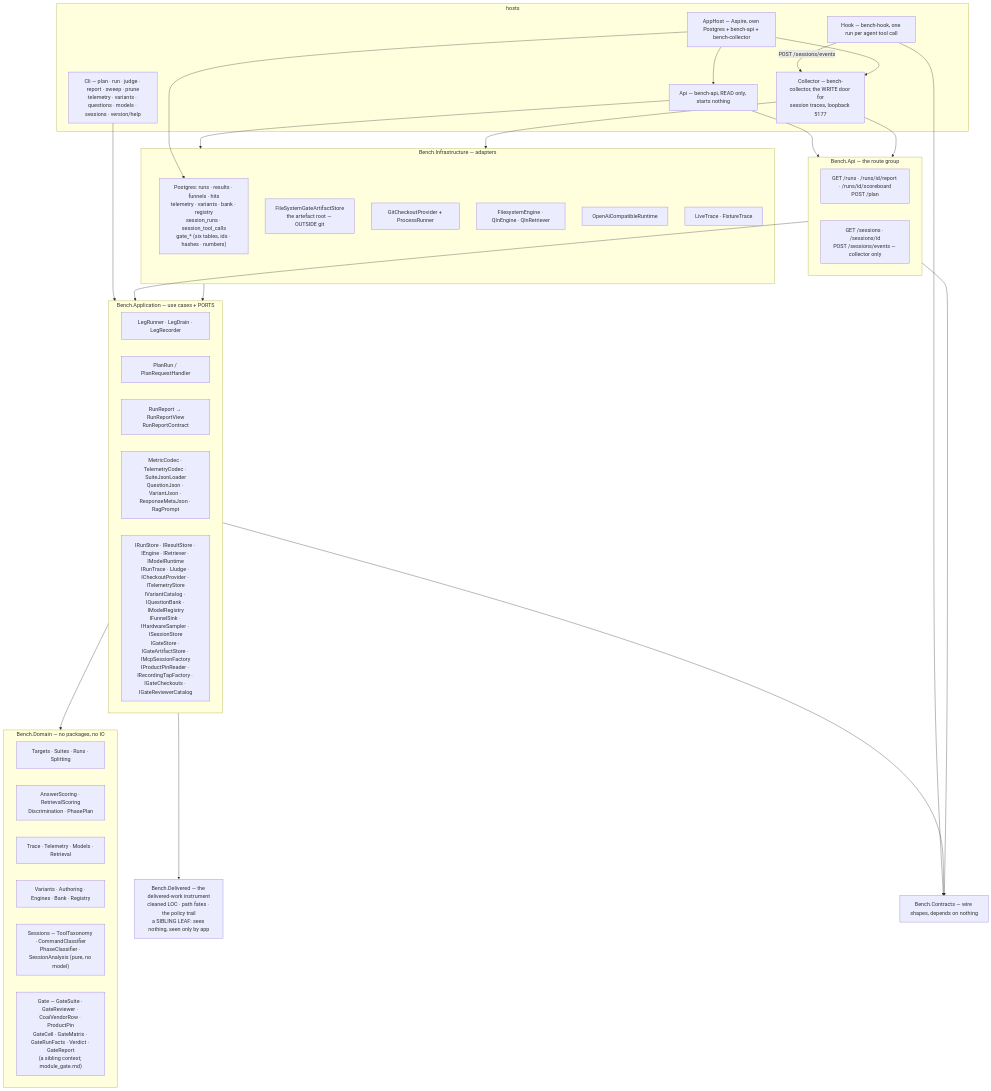
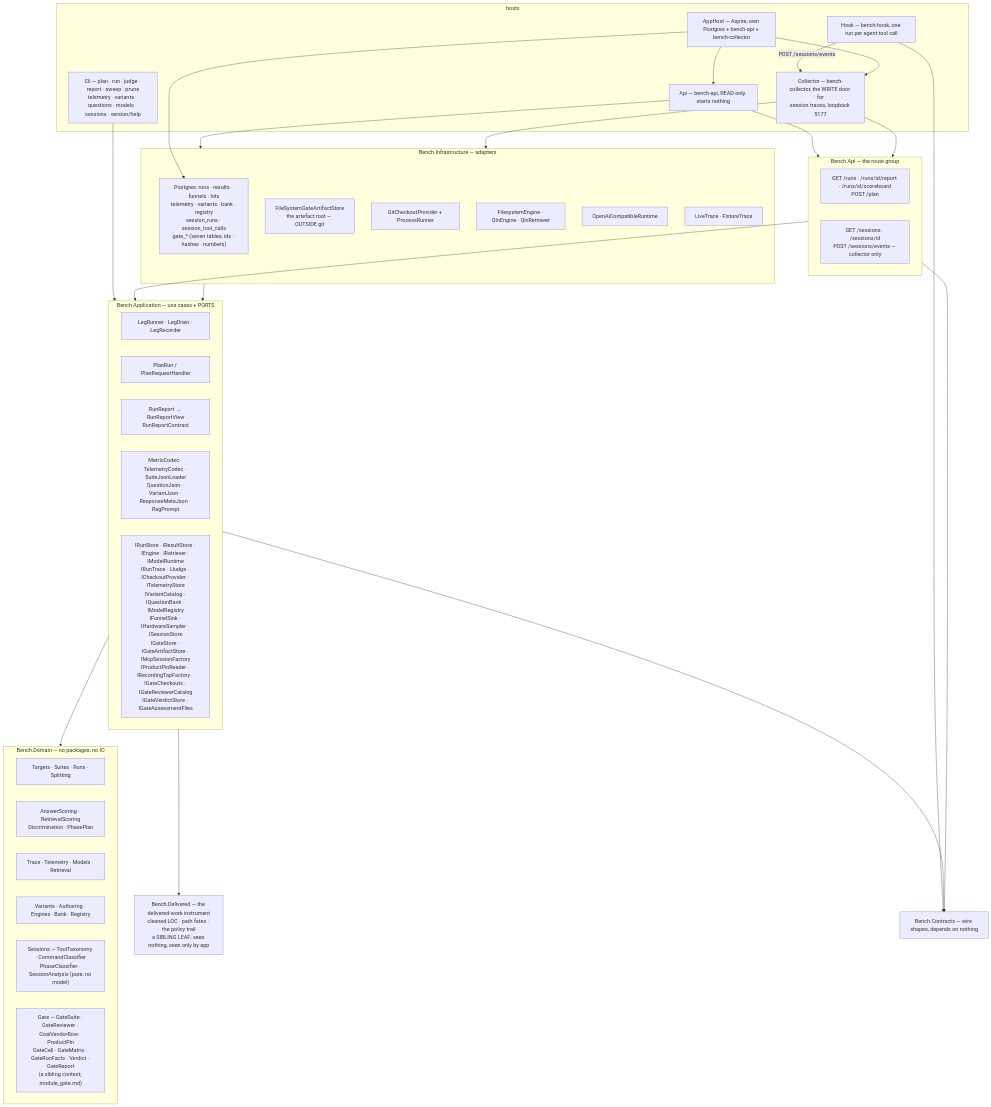
One commit to oleksandrdubyna88/dew_flow_benchmark changed the first of 2 diagrams in research/architecture.md. Above: the diagram before and after it, drawn with Mermaid. The commit also changed other lines of this file and 55 other files, not shown here.

````diff
--- a/research/architecture.md
+++ b/research/architecture.md
@@ -19,56 +19,56 @@
 ```mermaid
 flowchart TB
     subgraph hosts["hosts"]
         cli["Cli — plan · run · judge · report · sweep · prune<br/>telemetry · variants · questions · models · sessions · version/help"]
         apihost["Api — bench-api, READ only, starts nothing"]
         collector["Collector — bench-collector, the WRITE door for<br/>session traces, loopback 5177"]
         hook["Hook — bench-hook, one run per agent tool call"]
         apphost["AppHost — Aspire, own Postgres + bench-api + bench-collector"]
     end
     subgraph api["Bench.Api — the route group"]
         routes["GET /runs · /runs/id/report · /runs/id/scoreboard<br/>POST /plan"]
         sessionroutes["GET /sessions · /sessions/id<br/>POST /sessions/events — collector only"]
     end
     subgraph app["Bench.Application — use cases + PORTS"]
         runner["LegRunner · LegDrain · LegRecorder"]
         plan["PlanRun / PlanRequestHandler"]
         report["RunReport → RunReportView<br/>RunReportContract"]
         codecs["MetricCodec · TelemetryCodec · SuiteJsonLoader<br/>QuestionJson · VariantJson · ResponseMetaJson · RagPrompt"]
-        ports["IRunStore · IResultStore · IEngine · IRetriever · IModelRuntime<br/>IRunTrace · IJudge · ICheckoutProvider · ITelemetryStore<br/>IVariantCatalog · IQuestionBank · IModelRegistry<br/>IFunnelSink · IHardwareSampler · ISessionStore<br/>IGateStore · IGateArtifactStore · IMcpSessionFactory<br/>IProductPinReader · IRecordingTapFactory · IGateCheckouts · IGateReviewerCatalog"]
+        ports["IRunStore · IResultStore · IEngine · IRetriever · IModelRuntime<br/>IRunTrace · IJudge · ICheckoutProvider · ITelemetryStore<br/>IVariantCatalog · IQuestionBank · IModelRegistry<br/>IFunnelSink · IHardwareSampler · ISessionStore<br/>IGateStore · IGateArtifactStore · IMcpSessionFactory<br/>IProductPinReader · IRecordingTapFactory · IGateCheckouts · IGateReviewerCatalog<br/>IGateVerdictStore · IGateAssessmentFiles"]
     end
     subgraph dom["Bench.Domain — no packages, no IO"]
         contract["Targets · Suites · Runs · Splitting"]
         scoring["AnswerScoring · RetrievalScoring<br/>Discrimination · PhasePlan"]
         obs["Trace · Telemetry · Models · Retrieval"]
         axes["Variants · Authoring · Engines · Bank · Registry"]
         sessions["Sessions — ToolTaxonomy · CommandClassifier<br/>PhaseClassifier · SessionAnalysis (pure, no model)"]
         gate["Gate — GateSuite · GateReviewer · CoaiVendorRow · ProductPin<br/>GateCell · GateMatrix · GateRunFacts · Verdict · GateReport<br/>(a sibling context; module_gate.md)"]
     end
     subgraph infra["Bench.Infrastructure — adapters"]
-        pg["Postgres: runs · results · funnels · hits<br/>telemetry · variants · bank · registry<br/>session_runs · session_tool_calls<br/>gate_* (six tables, ids · hashes · numbers)"]
+        pg["Postgres: runs · results · funnels · hits<br/>telemetry · variants · bank · registry<br/>session_runs · session_tool_calls<br/>gate_* (seven tables, ids · hashes · numbers)"]
         artroot["FileSystemGateArtifactStore<br/>the artefact root — OUTSIDE git"]
         git["GitCheckoutProvider + ProcessRunner"]
         eng["FilesystemEngine · QlnEngine · QlnRetriever"]
         rt["OpenAiCompatibleRuntime"]
         tr["LiveTrace · FixtureTrace"]
     end
     contracts["Bench.Contracts — wire shapes, depends on nothing"]
     delivered["Bench.Delivered — the delivered-work instrument<br/>cleaned LOC · path fates · the policy trail<br/>a SIBLING LEAF: sees nothing, seen only by app"]
 
     cli --> app
     apihost --> api
     apihost --> infra
     collector --> api
     collector --> infra
     hook -- "POST /sessions/events" --> collector
     api --> app
     apphost --> pg
     apphost --> apihost
     apphost --> collector
     app --> dom
     app --> delivered
     infra --> app
     app --> contracts
     api --> contracts
     hook --> contracts
 ```
````
